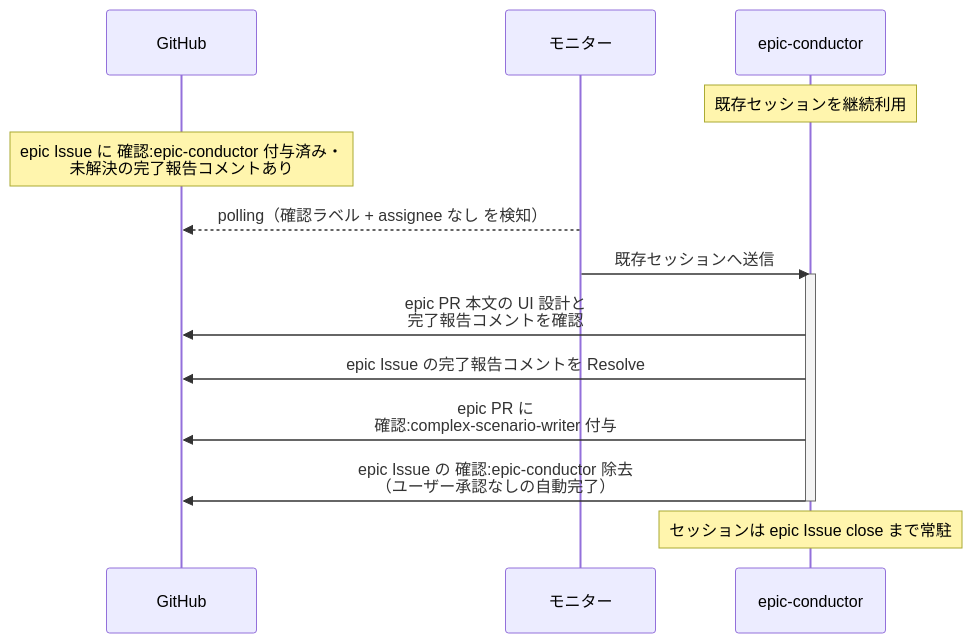
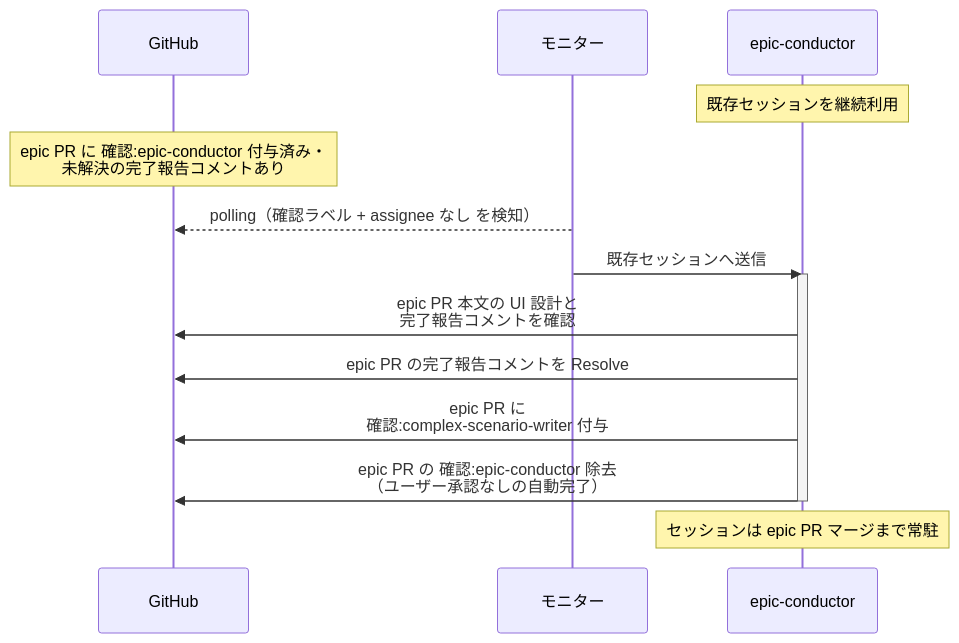
Before and after one commit to shuhei1101/ai-monitor: the diagram in docs/wiki/設計図/シナリオ/単一ユースケース/モック完了確認.md, drawn with Mermaid. The commit also changed other lines of this file and 256 other files, not shown here.

````diff
--- a/docs/wiki/設計図/シナリオ/単一ユースケース/モック完了確認.md
+++ b/docs/wiki/設計図/シナリオ/単一ユースケース/モック完了確認.md
@@ -26,18 +26,18 @@
 ```mermaid
 sequenceDiagram
   participant GH as GitHub
   participant ORC as モニター
   participant MON as epic-conductor
 
   Note over MON: 既存セッションを継続利用
-  Note over GH: epic Issue に 確認:epic-conductor 付与済み・<br>未解決の完了報告コメントあり
+  Note over GH: epic PR に 確認:epic-conductor 付与済み・<br>未解決の完了報告コメントあり
   ORC-->>GH: polling（確認ラベル + assignee なし を検知）
   ORC->>MON: 既存セッションへ送信
   activate MON
   MON->>GH: epic PR 本文の UI 設計と<br>完了報告コメントを確認
-  MON->>GH: epic Issue の完了報告コメントを Resolve
+  MON->>GH: epic PR の完了報告コメントを Resolve
   MON->>GH: epic PR に<br>確認:complex-scenario-writer 付与
-  MON->>GH: epic Issue の 確認:epic-conductor 除去<br>（ユーザー承認なしの自動完了）
+  MON->>GH: epic PR の 確認:epic-conductor 除去<br>（ユーザー承認なしの自動完了）
   deactivate MON
-  Note over MON: セッションは epic Issue close まで常駐
+  Note over MON: セッションは epic PR マージまで常駐
 ```
````
